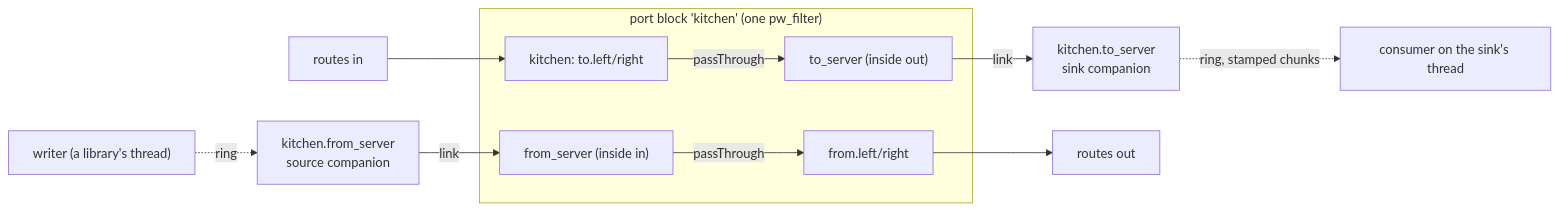
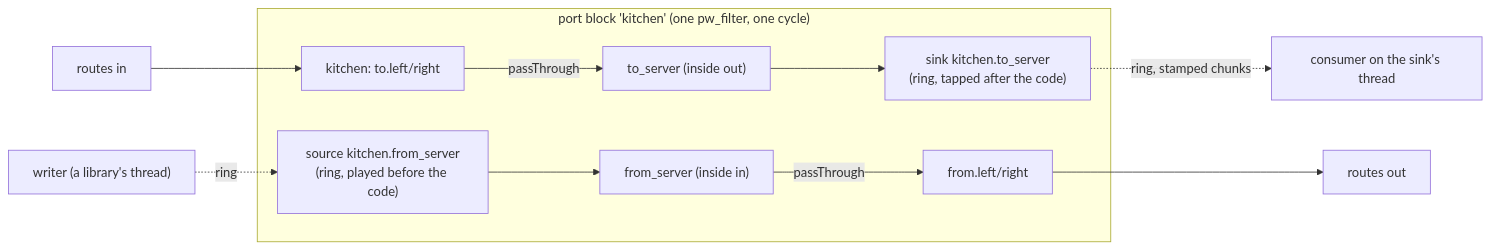
One commit to mcurcio/ear changed the diagram in docs/design/companions.md. Above: the diagram before and after it, drawn with Mermaid. The commit also changed other lines of this file and 14 other files, not shown here.

````diff
--- a/docs/design/companions.md
+++ b/docs/design/companions.md
@@ -54,13 +60,13 @@
 ```mermaid
 flowchart LR
   R1["routes in"] --> TO["kitchen: to.left/right"]
-  subgraph B["port block 'kitchen' (one pw_filter)"]
+  subgraph B["port block 'kitchen' (one pw_filter, one cycle)"]
+    SR["source kitchen.from_server<br/>(ring, played before the code)"] --> FS["from_server (inside in)"]
+    FS -- passThrough --> FR["from.left/right"]
     TO -- passThrough --> TS["to_server (inside out)"]
-    FS["from_server (inside in)"] -- passThrough --> FR["from.left/right"]
+    TS --> SK["sink kitchen.to_server<br/>(ring, tapped after the code)"]
   end
-  TS -- link --> SK["kitchen.to_server<br/>sink companion"]
+  W["writer (a library's thread)"] -. ring .-> SR
   SK -. "ring, stamped chunks" .-> C["consumer on the sink's thread"]
-  W["writer (a library's thread)"] -. ring .-> SR["kitchen.from_server<br/>source companion"]
-  SR -- link --> FS
   FR --> R2["routes out"]
 ```
````
